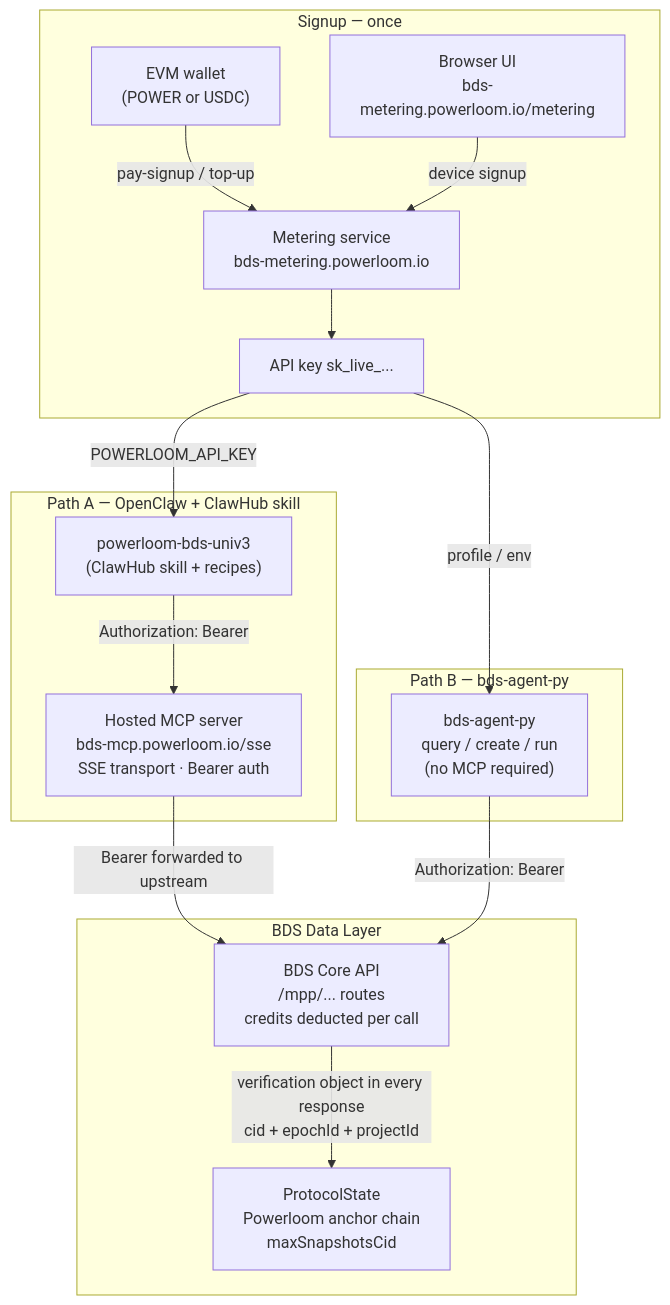
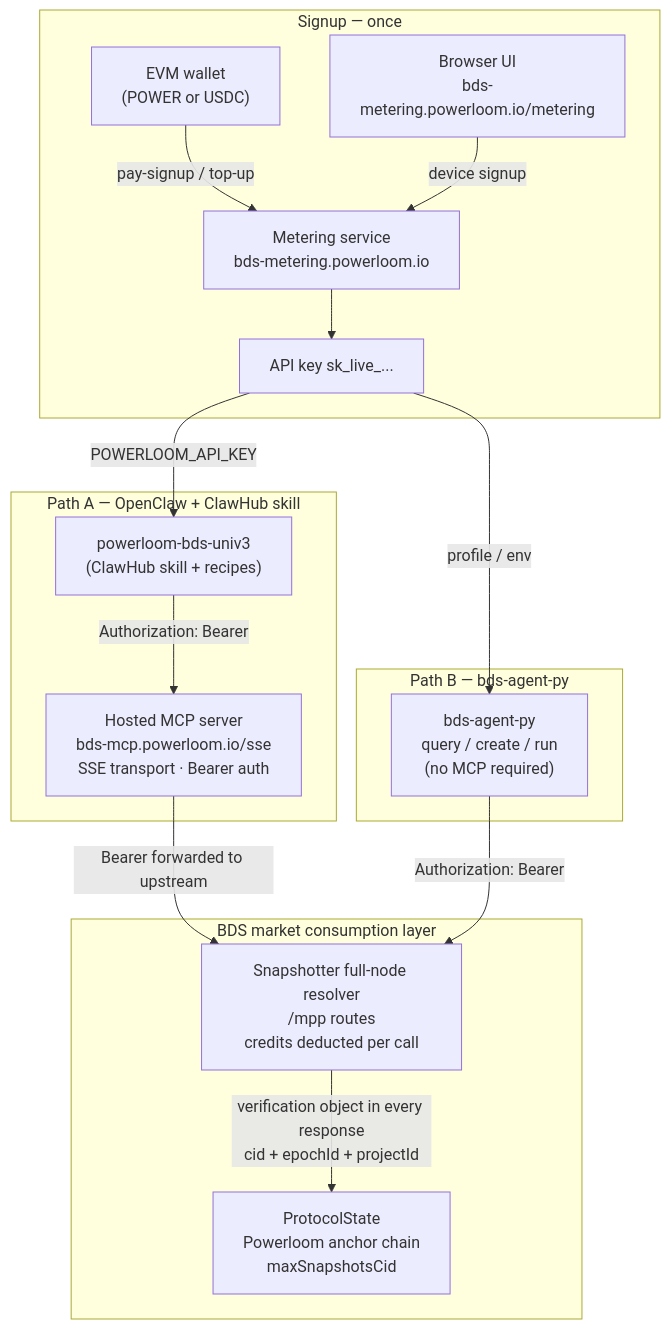
The diagram in docs/agents-and-bds/overview.md (powerloom/docs), drawn with Mermaid before and after one commit. The commit also changed other lines of this file and 9 other files, not shown here.

````diff
--- a/docs/agents-and-bds/overview.md
+++ b/docs/agents-and-bds/overview.md
@@ -16,33 +16,33 @@
 ```mermaid
 flowchart TD
     subgraph onboard [Signup — once]
         evmWallet["EVM wallet\n(POWER or USDC)"]
         browserUI["Browser UI\nbds-metering.powerloom.io/metering"]
         meteringService["Metering service\nbds-metering.powerloom.io"]
         apiKey["API key   sk_live_..."]
         evmWallet -->|"pay-signup / top-up"| meteringService
         browserUI -->|"device signup"| meteringService
         meteringService --> apiKey
     end
 
     subgraph pathA ["Path A — OpenClaw + ClawHub skill"]
         clawSkill["powerloom-bds-univ3\n(ClawHub skill + recipes)"]
         hostedMCP["Hosted MCP server\nbds-mcp.powerloom.io/sse\nSSE transport · Bearer auth"]
         clawSkill -->|"Authorization: Bearer"| hostedMCP
     end
 
     subgraph pathB ["Path B — bds-agent-py"]
         bdsAgent["bds-agent-py\nquery / create / run\n(no MCP required)"]
     end
 
-    subgraph dataLayer [BDS Data Layer]
-        coreAPI["BDS Core API\n/mpp/... routes\ncredits deducted per call"]
+    subgraph dataLayer [BDS market consumption layer]
+        coreAPI["Snapshotter full-node resolver\n/mpp routes\ncredits deducted per call"]
         protState["ProtocolState\nPowerloom anchor chain\nmaxSnapshotsCid"]
         coreAPI -->|"verification object in every response\ncid + epochId + projectId"| protState
     end
 
     apiKey -->|"POWERLOOM_API_KEY"| clawSkill
     apiKey -->|"profile / env"| bdsAgent
     hostedMCP -->|"Bearer forwarded to upstream"| coreAPI
     bdsAgent -->|"Authorization: Bearer"| coreAPI
 ```
````
